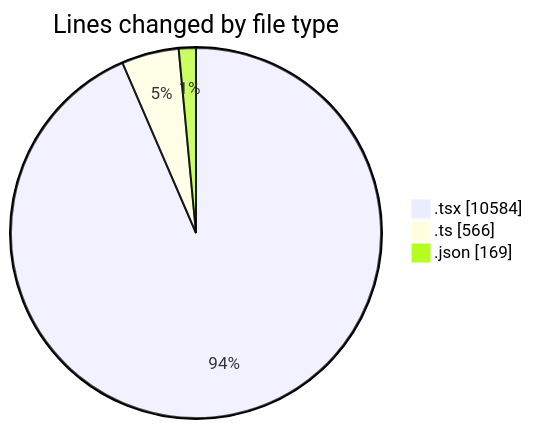
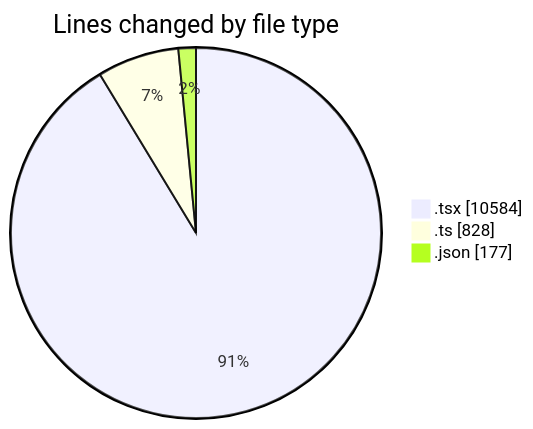
Before and after one commit to robertbonfada/code-tracking: the first of 2 diagrams in 2025-02-18/mbc-web/README.md, drawn with Mermaid. The commit also changed other lines of this file and 1 other file, not shown here.

````diff
--- a/2025-02-18/mbc-web/README.md
+++ b/2025-02-18/mbc-web/README.md
@@ -136,7 +137,7 @@
 ```mermaid
 pie showData
 title Lines changed by file type
 ".tsx" : 10584
-".ts" : 566
-".json" : 169
+".ts" : 828
+".json" : 177
 ```
````
